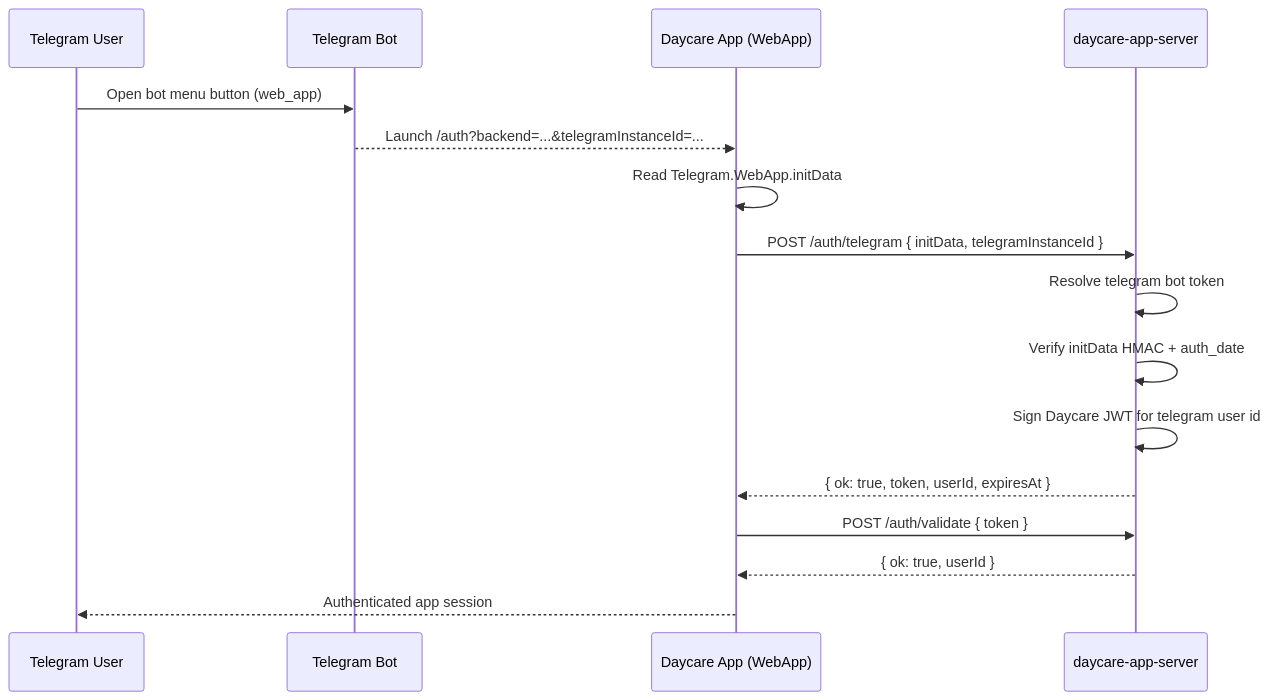
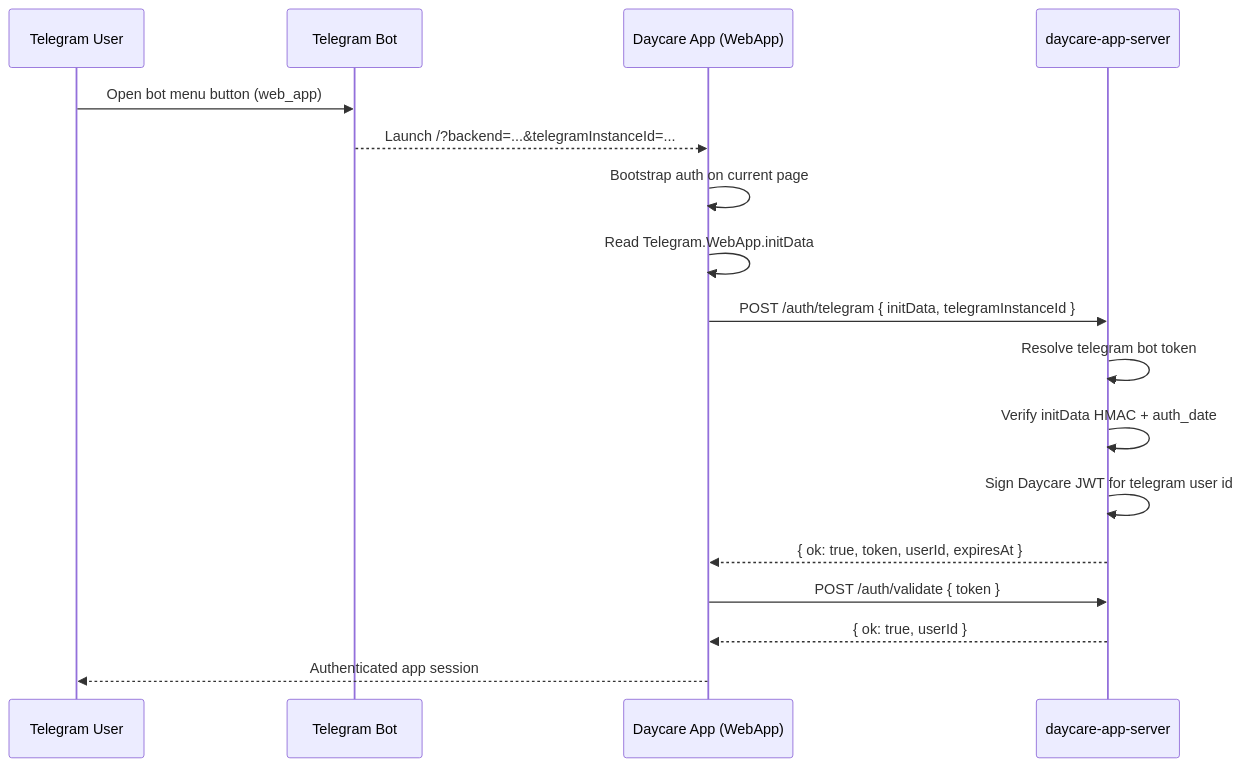
Before and after one commit to ex3ndr/daycare: the diagram in doc/telegram-webapp-auth.md, drawn with Mermaid. The commit also changed other lines of this file and 10 other files, not shown here.

Commit message:
feat(telegram): enable webapp auth on any route

````diff
--- a/doc/telegram-webapp-auth.md
+++ b/doc/telegram-webapp-auth.md
@@ -24,19 +25,20 @@
 ```mermaid
 sequenceDiagram
     participant U as Telegram User
     participant T as Telegram Bot
     participant A as Daycare App (WebApp)
     participant S as daycare-app-server
 
     U->>T: Open bot menu button (web_app)
-    T-->>A: Launch /auth?backend=...&telegramInstanceId=...
+    T-->>A: Launch /?backend=...&telegramInstanceId=...
+    A->>A: Bootstrap auth on current page
     A->>A: Read Telegram.WebApp.initData
     A->>S: POST /auth/telegram { initData, telegramInstanceId }
     S->>S: Resolve telegram bot token
     S->>S: Verify initData HMAC + auth_date
     S->>S: Sign Daycare JWT for telegram user id
     S-->>A: { ok: true, token, userId, expiresAt }
     A->>S: POST /auth/validate { token }
     S-->>A: { ok: true, userId }
     A-->>U: Authenticated app session
 ```
````
